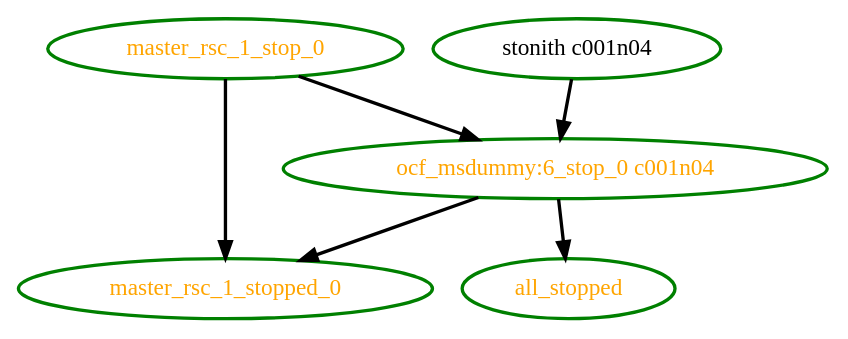
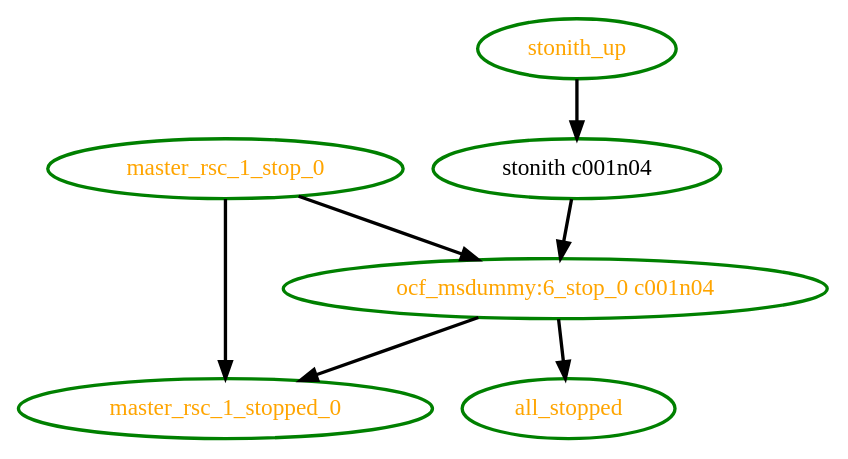
The diagram in crm/pengine/testcases/rec-node-13.dot (richiewen8/heartbeat), drawn with Graphviz before and after one commit. The commit also changed 33 other files, not shown here.

```diff
--- a/crm/pengine/testcases/rec-node-13.dot
+++ b/crm/pengine/testcases/rec-node-13.dot
@@ -1,12 +1,14 @@
  digraph "g" {
 "all_stopped" [ style=bold color="green" fontcolor="orange"  ]
 "master_rsc_1_stop_0" -> "master_rsc_1_stopped_0" [ style = bold]
 "master_rsc_1_stop_0" -> "ocf_msdummy:6_stop_0 c001n04" [ style = bold]
 "master_rsc_1_stop_0" [ style=bold color="green" fontcolor="orange" ]
 "master_rsc_1_stopped_0" [ style=bold color="green" fontcolor="orange" ]
 "ocf_msdummy:6_stop_0 c001n04" -> "all_stopped" [ style = bold]
 "ocf_msdummy:6_stop_0 c001n04" -> "master_rsc_1_stopped_0" [ style = bold]
 "ocf_msdummy:6_stop_0 c001n04" [ style=bold color="green" fontcolor="orange" ]
 "stonith c001n04" -> "ocf_msdummy:6_stop_0 c001n04" [ style = bold]
 "stonith c001n04" [ style=bold color="green" fontcolor="black" ]
+"stonith_up" -> "stonith c001n04" [ style = bold]
+"stonith_up" [ style=bold color="green" fontcolor="orange"  ]
 }
```
